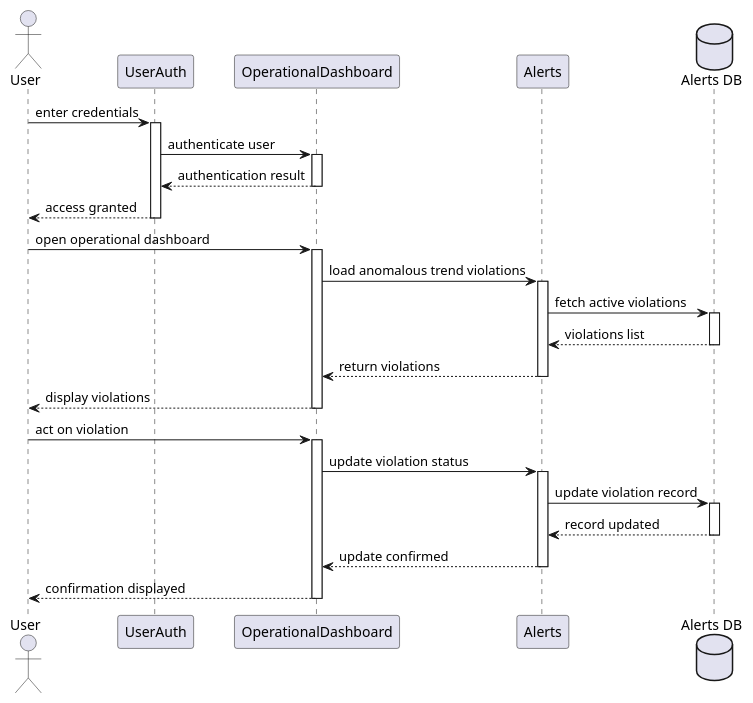
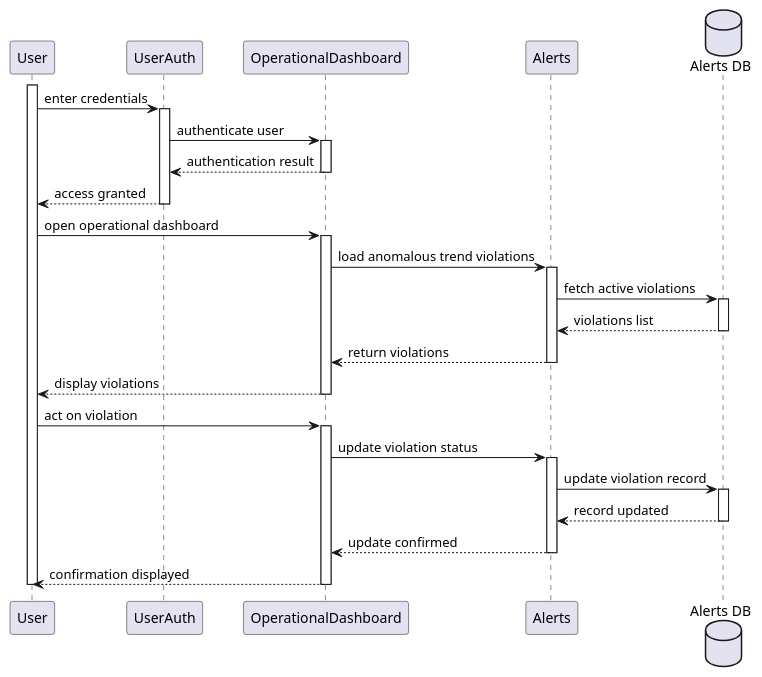
Before and after one commit to harmanpreet-sagar/sfwreng-3a04-group6-t01-scemas: the diagram in docs/diagrams/plantuml/sequence/BE7_sequence.puml, drawn with PlantUML.

Commit message:
Add explicit activate and deactivate commands

```diff
--- a/docs/diagrams/plantuml/sequence/BE7_sequence.puml
+++ b/docs/diagrams/plantuml/sequence/BE7_sequence.puml
@@ -1,32 +1,57 @@
 @startuml
-actor User
+participant User
+activate User
 
 participant UserAuth
 participant OperationalDashboard
 participant Alerts
 database "Alerts DB" as DB
 
-User -> UserAuth ++ : enter credentials
-UserAuth -> OperationalDashboard ++ : authenticate user
-OperationalDashboard --> UserAuth -- : authentication result
-UserAuth --> User -- : access granted
+User -> UserAuth : enter credentials
+activate UserAuth
 
-User -> OperationalDashboard ++ : open operational dashboard
-OperationalDashboard -> Alerts ++ : load anomalous trend violations
+UserAuth -> OperationalDashboard : authenticate user
+activate OperationalDashboard
+OperationalDashboard --> UserAuth : authentication result
+deactivate OperationalDashboard
 
-Alerts -> DB ++ : fetch active violations
-DB --> Alerts -- : violations list
+UserAuth --> User : access granted
+deactivate UserAuth
 
-Alerts --> OperationalDashboard -- : return violations
-OperationalDashboard --> User -- : display violations
+User -> OperationalDashboard : open operational dashboard
+activate OperationalDashboard
 
-User -> OperationalDashboard ++ : act on violation
-OperationalDashboard -> Alerts ++ : update violation status
+OperationalDashboard -> Alerts : load anomalous trend violations
+activate Alerts
 
-Alerts -> DB ++ : update violation record
-DB --> Alerts -- : record updated
+Alerts -> DB : fetch active violations
+activate DB
+DB --> Alerts : violations list
+deactivate DB
 
-Alerts --> OperationalDashboard -- : update confirmed
-OperationalDashboard --> User -- : confirmation displayed
+Alerts --> OperationalDashboard : return violations
+deactivate Alerts
+
+OperationalDashboard --> User : display violations
+deactivate OperationalDashboard
+
+User -> OperationalDashboard : act on violation
+activate OperationalDashboard
+
+OperationalDashboard -> Alerts : update violation status
+activate Alerts
+
+Alerts -> DB : update violation record
+activate DB
+DB --> Alerts : record updated
+deactivate DB
+
+Alerts --> OperationalDashboard : update confirmed
+deactivate Alerts
+
+OperationalDashboard --> User : confirmation displayed
+deactivate OperationalDashboard
+
+deactivate User
 
 @enduml
```
